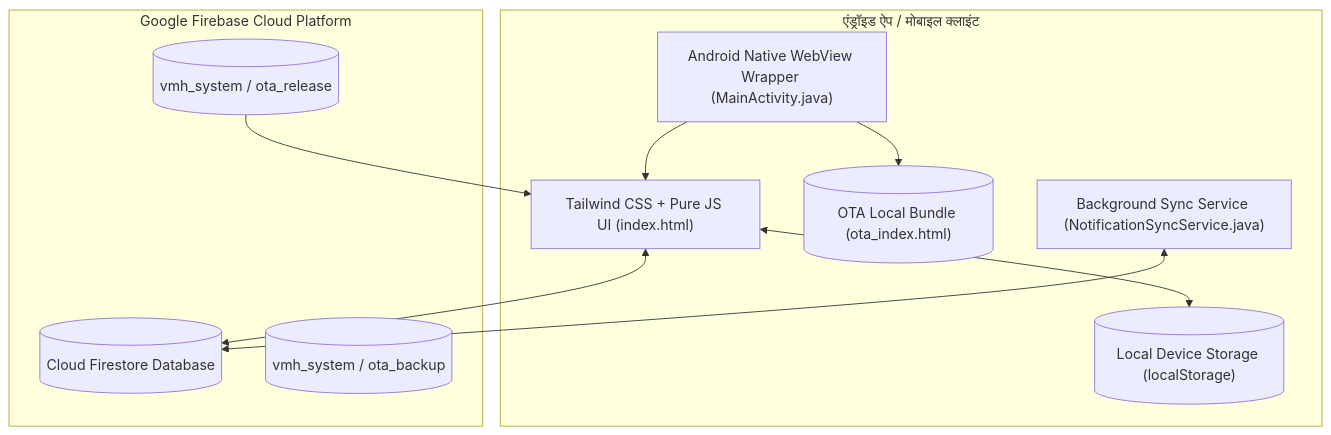
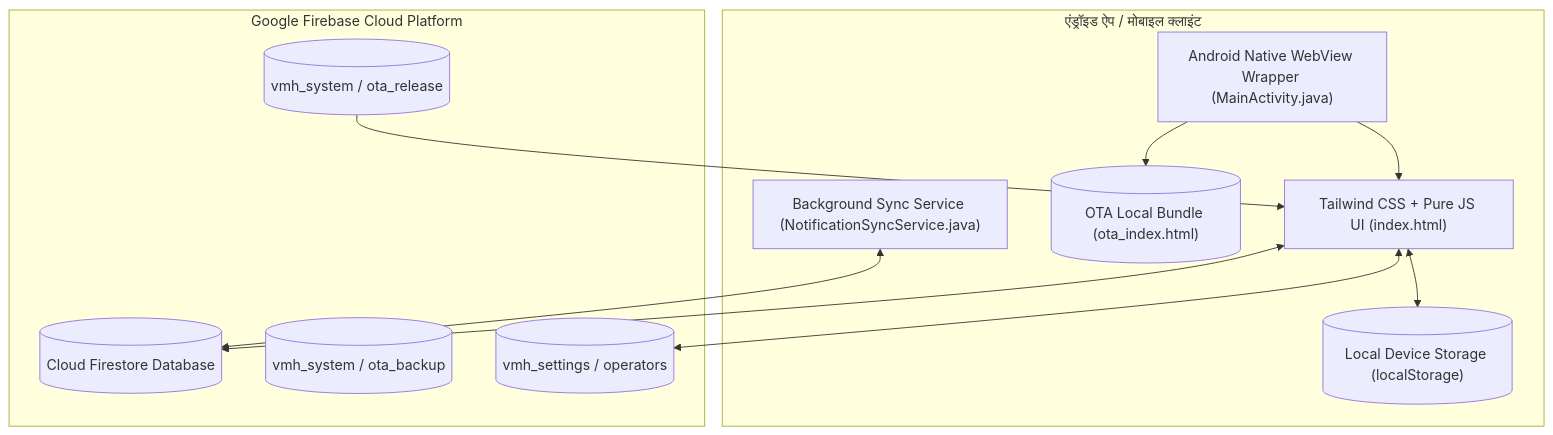
The diagram in AI.md (amitkrak83/DOMS), drawn with Mermaid before and after one commit. The commit also changed other lines of this file and 4 other files, not shown here.

````diff
--- a/AI.md
+++ b/AI.md
@@ -22,23 +22,25 @@
 ```mermaid
 flowchart TD
     subgraph Client ["एंड्रॉइड ऐप / मोबाइल क्लाइंट"]
         UI["Tailwind CSS + Pure JS UI (index.html)"]
         Native["Android Native WebView Wrapper (MainActivity.java)"]
         LocalStore[("Local Device Storage (localStorage)")]
         OTAFile[("OTA Local Bundle (ota_index.html)")]
         BgService["Background Sync Service (NotificationSyncService.java)"]
     end
 
     subgraph Cloud ["Google Firebase Cloud Platform"]
         FirestoreDB[("Cloud Firestore Database")]
         OTACloud[("vmh_system / ota_release")]
         BackupCloud[("vmh_system / ota_backup")]
+        SettingsCloud[("vmh_settings / operators")]
     end
 
     UI <--> LocalStore
     UI <--> FirestoreDB
+    UI <--> SettingsCloud
     Native --> OTAFile
     Native --> UI
     OTACloud --> UI
     BgService <--> FirestoreDB
 ```
````
